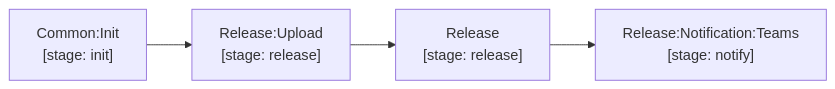
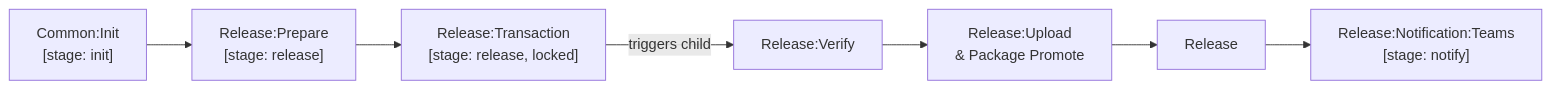
Before and after one commit to grootan-devops/gitlab-ci-library: the diagram in docs/modules/release-notify.md, drawn with Mermaid. The commit also changed other lines of this file and 23 other files, not shown here.

First line of the commit message:
feat(release): 1.13.0 fail-closed fast-track release, declarative packages & transaction serialization (#23)

````diff
--- a/docs/modules/release-notify.md
+++ b/docs/modules/release-notify.md
@@ -3,6 +3,9 @@
 ```mermaid
 flowchart LR
-    CI["Common:Init<br/>[stage: init]"] --> RU["Release:Upload<br/>[stage: release]"]
-    RU --> REL["Release<br/>[stage: release]"]
+    CI["Common:Init<br/>[stage: init]"] --> RP["Release:Prepare<br/>[stage: release]"]
+    RP --> RT["Release:Transaction<br/>[stage: release, locked]"]
+    RT -->|"triggers child"| RV["Release:Verify"]
+    RV --> RU["Release:Upload<br/>& Package Promote"]
+    RU --> REL["Release"]
     REL --> RNT["Release:Notification:Teams<br/>[stage: notify]"]
 ```
````
